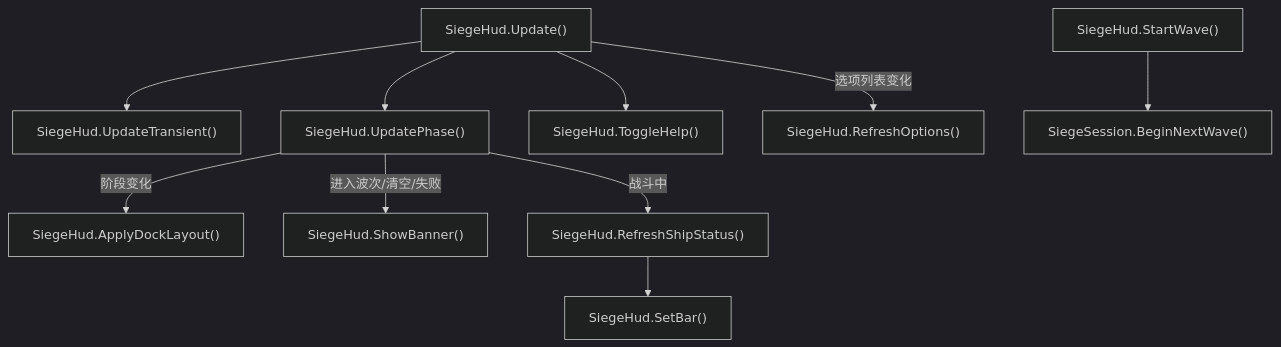
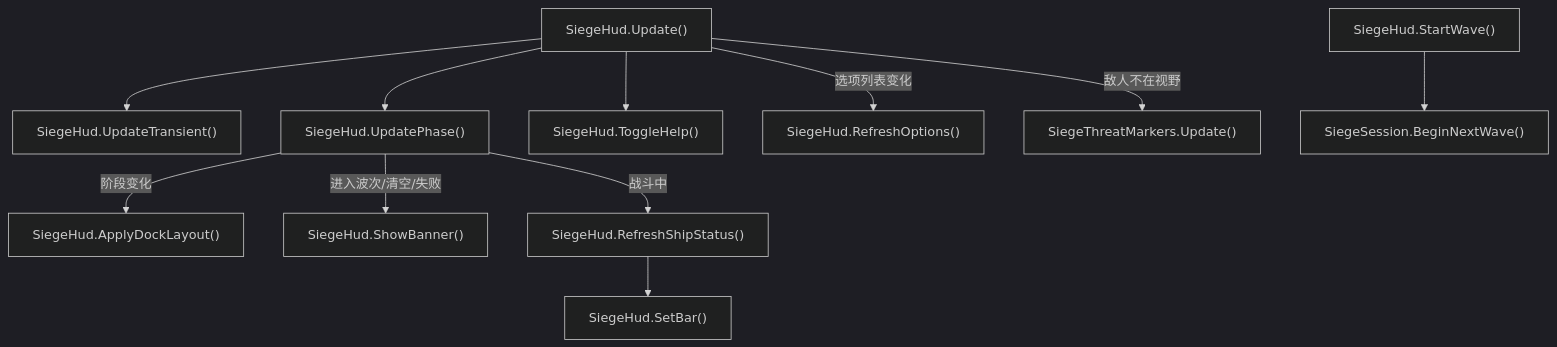
Before and after one commit to kukudia/HY-Sandbox: diagram 35 of 43 in Docs/RuntimeFlow.md, drawn with Mermaid (dark theme). The commit also changed other lines of this file and 9 other files, not shown here.

````diff
--- a/Docs/RuntimeFlow.md
+++ b/Docs/RuntimeFlow.md
@@ -3278,34 +3278,37 @@
 ```mermaid
 flowchart TD
     A["SiegeHud.Update()"]
     click A "../Assets/Scripts/Features/Siege/SiegeHud.cs#L165" "打开源码"
     B["SiegeHud.UpdateTransient()"]
-    click B "../Assets/Scripts/Features/Siege/SiegeHud.cs#L264" "打开源码"
+    click B "../Assets/Scripts/Features/Siege/SiegeHud.cs#L265" "打开源码"
     C["SiegeHud.UpdatePhase()"]
-    click C "../Assets/Scripts/Features/Siege/SiegeHud.cs#L295" "打开源码"
+    click C "../Assets/Scripts/Features/Siege/SiegeHud.cs#L296" "打开源码"
     D["SiegeHud.ApplyDockLayout()"]
-    click D "../Assets/Scripts/Features/Siege/SiegeHud.cs#L386" "打开源码"
+    click D "../Assets/Scripts/Features/Siege/SiegeHud.cs#L388" "打开源码"
     E["SiegeHud.ShowBanner()"]
-    click E "../Assets/Scripts/Features/Siege/SiegeHud.cs#L469" "打开源码"
+    click E "../Assets/Scripts/Features/Siege/SiegeHud.cs#L471" "打开源码"
     F["SiegeHud.RefreshShipStatus()"]
-    click F "../Assets/Scripts/Features/Siege/SiegeHud.cs#L420" "打开源码"
+    click F "../Assets/Scripts/Features/Siege/SiegeHud.cs#L422" "打开源码"
     G["SiegeHud.SetBar()"]
-    click G "../Assets/Scripts/Features/Siege/SiegeHud.cs#L453" "打开源码"
+    click G "../Assets/Scripts/Features/Siege/SiegeHud.cs#L455" "打开源码"
     H["SiegeHud.ToggleHelp()"]
-    click H "../Assets/Scripts/Features/Siege/SiegeHud.cs#L495" "打开源码"
+    click H "../Assets/Scripts/Features/Siege/SiegeHud.cs#L497" "打开源码"
     I["SiegeHud.StartWave()"]
-    click I "../Assets/Scripts/Features/Siege/SiegeHud.cs#L570" "打开源码"
+    click I "../Assets/Scripts/Features/Siege/SiegeHud.cs#L572" "打开源码"
     J["SiegeSession.BeginNextWave()"]
     click J "../Assets/Scripts/Features/Siege/SiegeSession.cs#L198" "打开源码"
     O["SiegeHud.RefreshOptions()"]
-    click O "../Assets/Scripts/Features/Siege/SiegeHud.cs#L523" "打开源码"
+    click O "../Assets/Scripts/Features/Siege/SiegeHud.cs#L525" "打开源码"
+    P["SiegeThreatMarkers.Update()"]
+    click P "../Assets/Scripts/Features/Siege/SiegeThreatMarkers.cs#L100" "打开源码"
     A --> B
     A --> C
     A --> H
     A -->|选项列表变化| O
     C -->|阶段变化| D
     C -->|进入波次/清空/失败| E
     C -->|战斗中| F
     F --> G
+    A -->|敌人不在视野| P
     I --> J
 ```
````
